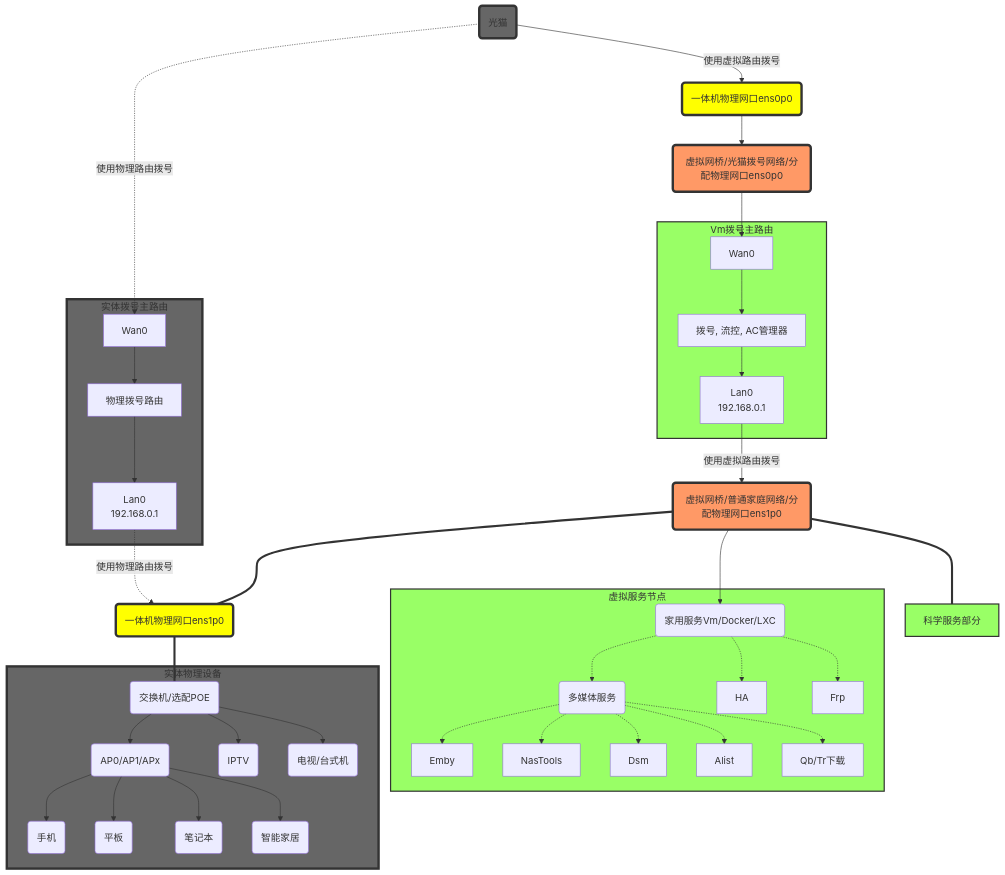
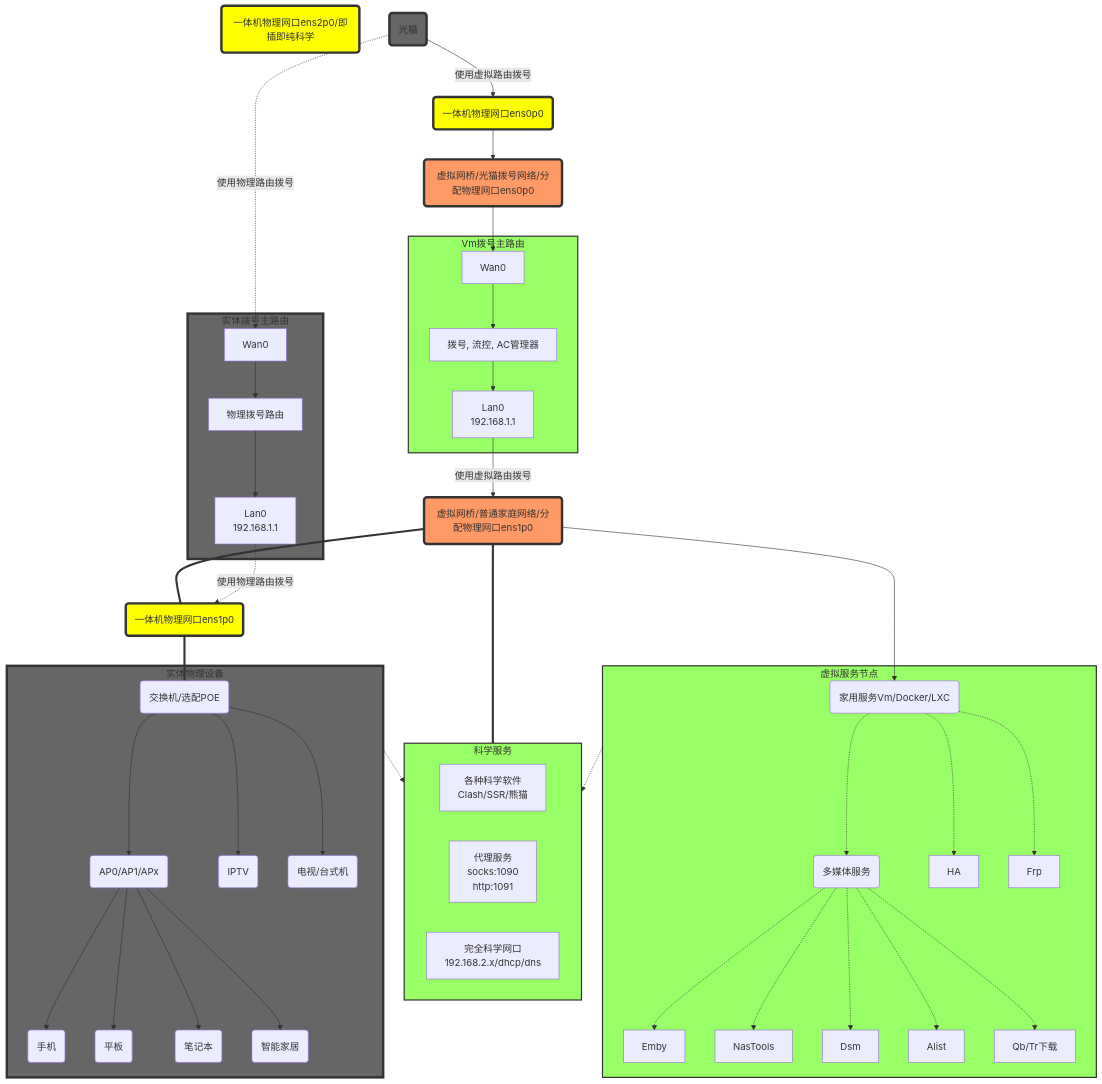
Before and after one commit to godvmxi/godvmxi.github.io: the second of 3 diagrams in source/_posts/pve-gfw-home-usage.md, drawn with Mermaid. The commit also changed other lines of this file, not shown here.

Commit message:
add more

```diff
--- a/source/_posts/pve-gfw-home-usage.md
+++ b/source/_posts/pve-gfw-home-usage.md
@@ -62,6 +62,7 @@
 graph TB
     BrDial(虚拟网桥/光猫拨号网络/分配物理网口ens0p0)
     BrHome(虚拟网桥/普通家庭网络/分配物理网口ens1p0)
+    BrGfwPhy(一体机物理网口ens2p0/即插即纯科学)
 
     
     BrDialPhy(一体机物理网口ens0p0)
@@ -74,7 +75,7 @@
     subgraph VmSubDial[Vm拨号主路由]
         DialRouter[拨号, 流控, AC管理器]
         DiagWan0[Wan0] --> DialRouter
-        DialRouter --> DialLan0[Lan0<br>192.168.0.1]
+        DialRouter --> DialLan0[Lan0<br>192.168.1.1]
     end
 
     BrDialPhy --> BrDial
@@ -84,7 +85,7 @@
     subgraph SubPhyRouter[实体拨号主路由]
         SubPhyRouterWan[Wan0]
         SubPhyRouterWan --> SubPhyRouterOp[物理拨号路由]
-        SubPhyRouterOp --> SubPhyRouterOpLan0[Lan0<br>192.168.0.1]
+        SubPhyRouterOp --> SubPhyRouterOpLan0[Lan0<br>192.168.1.1]
     end
 
     subgraph SubVmService[虚拟服务节点]
@@ -98,8 +99,11 @@
         LXC -.-> Frp
         
     end
-
-    SubGfwService[科学服务部分]
+    subgraph SubGfwService[科学服务]
+        GfwClash[各种科学软件<br>Clash/SSR/熊猫]
+        GfwProxy[代理服务<br>socks:1090<br>http:1091]
+        GfwPhyIface[完全科学网口<br>192.168.2.x/dhcp/dns]
+    end
 
     BrHome === BrHomePhy
 
@@ -123,6 +127,9 @@
     BrHome === SubGfwService
 
 
+    SubRealDevice -.-> SubGfwService
+
+    SubVmService -.-> SubGfwService 
     
     Modem -->|使用虚拟路由拨号| BrDialPhy
     
@@ -133,10 +140,6 @@
 
     Modem -.->|使用物理路由拨号| SubPhyRouterWan
     SubPhyRouterOpLan0 -.->|使用物理路由拨号| BrHomePhy
-
-
-
-    
 
     classDef CssGreen fill:#9f6,stroke:#333,stroke-width:2px;
     classDef CssOrange fill:#f96,stroke:#333,stroke-width:4px;
```
